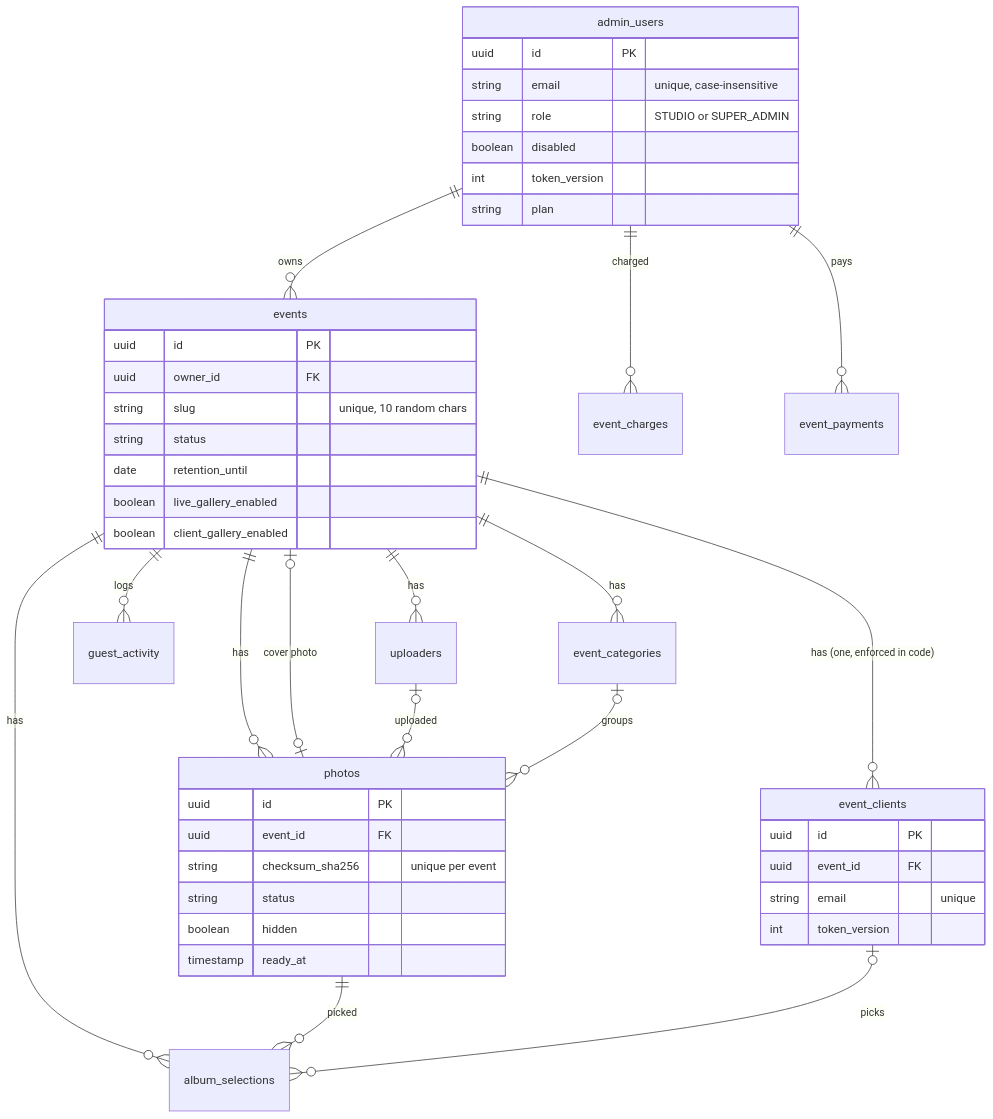
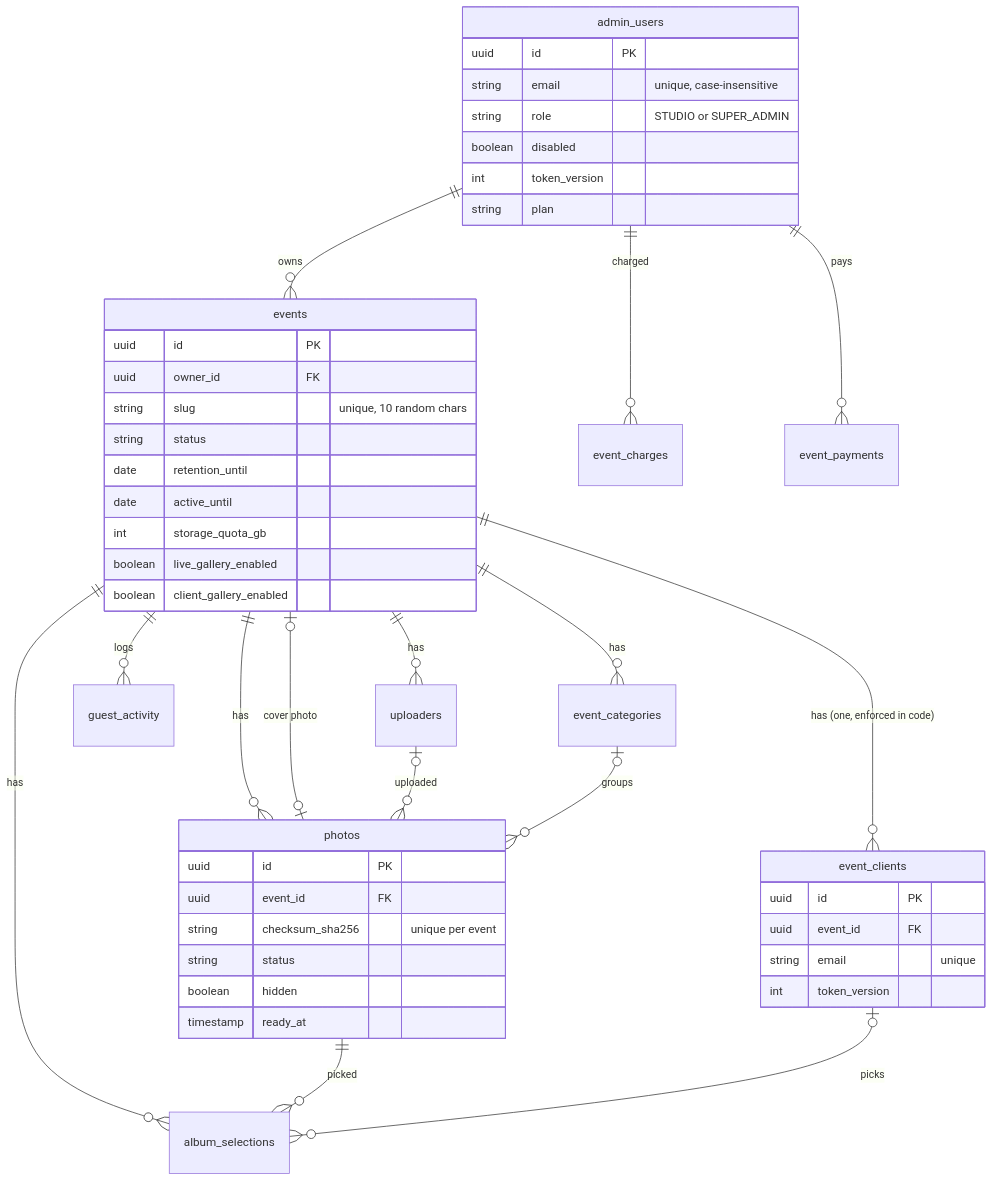
The first of 2 diagrams in backend/src/main/resources/docs/database.md (MugundhanG/mcreatik-instant-memories), drawn with Mermaid before and after one commit. The commit also changed other lines of this file and 40 other files, not shown here.

First line of the commit message:
D2: Client galleries, paid storage and 6-month active period (#75)

````diff
--- a/backend/src/main/resources/docs/database.md
+++ b/backend/src/main/resources/docs/database.md
@@ -9,48 +9,50 @@
 ```mermaid
 erDiagram
   admin_users ||--o{ events : owns
   admin_users ||--o{ event_charges : charged
   admin_users ||--o{ event_payments : pays
   events ||--o{ uploaders : has
   events ||--o{ photos : has
   events ||--o{ guest_activity : logs
   events ||--o{ event_categories : has
   events ||--o{ event_clients : "has (one, enforced in code)"
   events ||--o{ album_selections : has
   events |o--o| photos : "cover photo"
   uploaders |o--o{ photos : uploaded
   event_categories |o--o{ photos : groups
   photos ||--o{ album_selections : picked
   event_clients |o--o{ album_selections : picks
   admin_users {
     uuid id PK
     string email "unique, case-insensitive"
     string role "STUDIO or SUPER_ADMIN"
     boolean disabled
     int token_version
     string plan
   }
   events {
     uuid id PK
     uuid owner_id FK
     string slug "unique, 10 random chars"
     string status
     date retention_until
+    date active_until
+    int storage_quota_gb
     boolean live_gallery_enabled
     boolean client_gallery_enabled
   }
   photos {
     uuid id PK
     uuid event_id FK
     string checksum_sha256 "unique per event"
     string status
     boolean hidden
     timestamp ready_at
   }
   event_clients {
     uuid id PK
     uuid event_id FK
     string email "unique"
     int token_version
   }
 ```
````
